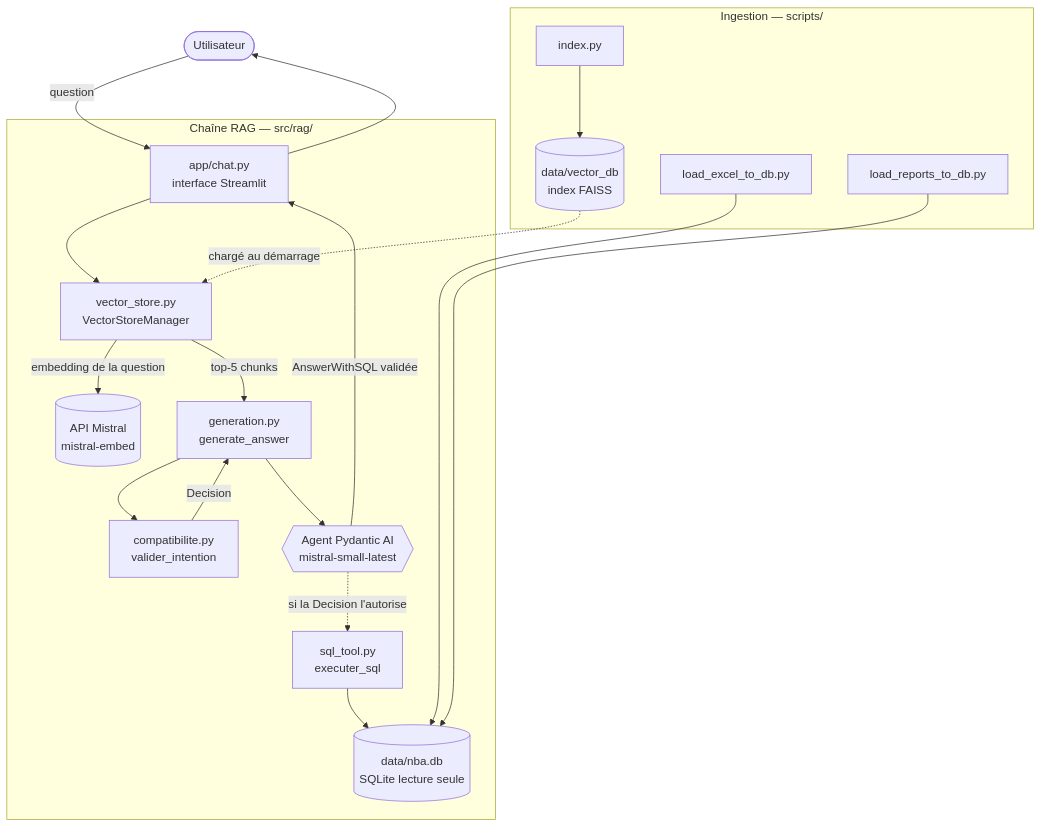
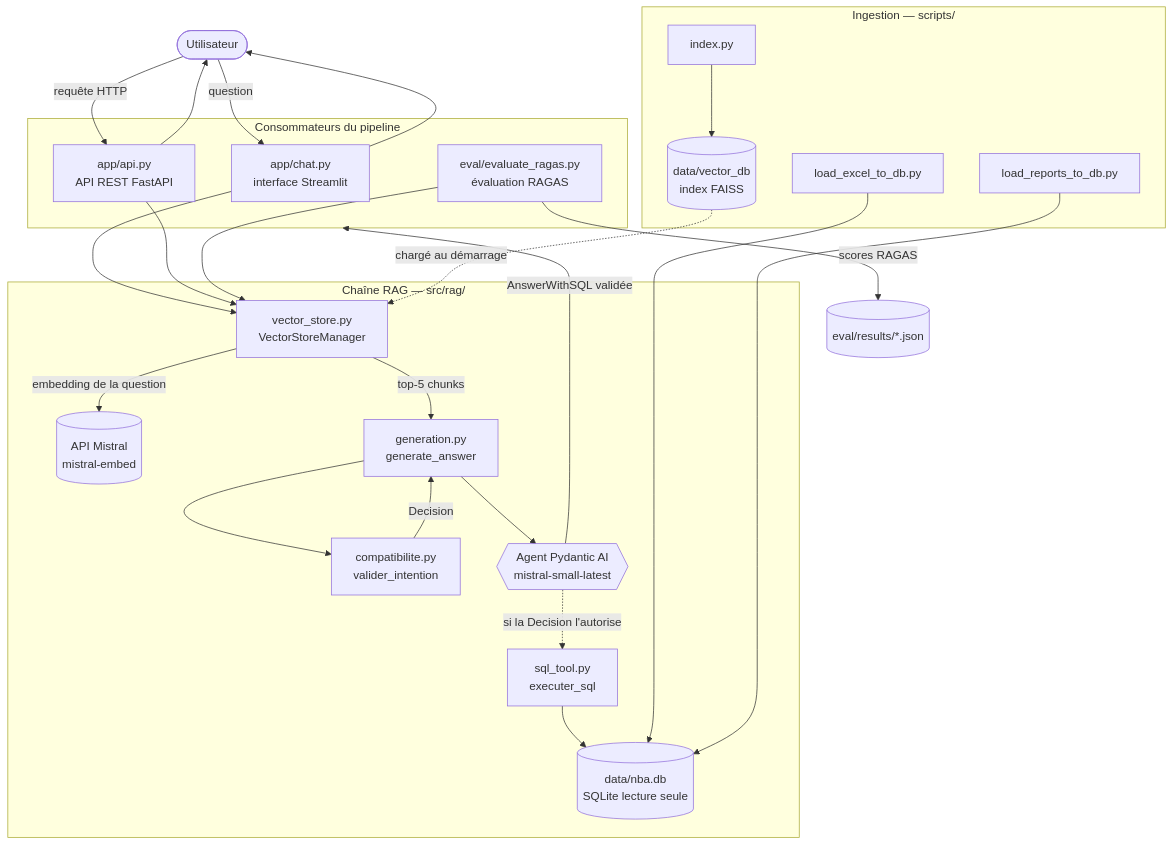
Before and after one commit to FaizaKh93/Projet10_mission: the first of 4 diagrams in README.md, drawn with Mermaid. The commit also changed other lines of this file and 14 other files, not shown here.

````diff
--- a/README.md
+++ b/README.md
@@ -15,27 +49,40 @@
 ```mermaid
 flowchart TD
-    U([Utilisateur]) -->|question| APP[app/chat.py<br/>interface Streamlit]
+    U([Utilisateur]) -->|question| CHAT
+    U -->|requête HTTP| API
+
+    subgraph IF["Consommateurs du pipeline"]
+        CHAT[app/chat.py<br/>interface Streamlit]
+        API[app/api.py<br/>API REST FastAPI]
+        EVAL[eval/evaluate_ragas.py<br/>évaluation RAGAS]
+    end
 
     subgraph RAG["Chaîne RAG — src/rag/"]
-        APP --> VS[vector_store.py<br/>VectorStoreManager]
+        VS[vector_store.py<br/>VectorStoreManager]
         VS -->|embedding de la question| MI[(API Mistral<br/>mistral-embed)]
         VS -->|top-5 chunks| GEN[generation.py<br/>generate_answer]
 
         GEN --> COUV[compatibilite.py<br/>valider_intention]
         COUV -->|Decision| GEN
 
         GEN --> AG{{Agent Pydantic AI<br/>mistral-small-latest}}
         AG -.->|si la Decision l'autorise| TOOL[sql_tool.py<br/>executer_sql]
         TOOL --> DB[(data/nba.db<br/>SQLite lecture seule)]
     end
 
+    CHAT --> VS
+    API --> VS
+    EVAL --> VS
+
     subgraph ING["Ingestion — scripts/"]
         IDX[index.py] --> FAISS[(data/vector_db<br/>index FAISS)]
         LX[load_excel_to_db.py] --> DB
         LR[load_reports_to_db.py] --> DB
     end
 
     FAISS -.->|chargé au démarrage| VS
-    AG -->|AnswerWithSQL validée| APP
-    APP --> U
+    AG -->|AnswerWithSQL validée| IF
+    CHAT --> U
+    API --> U
+    EVAL -->|scores RAGAS| RES[(eval/results/*.json)]
 ```
````
